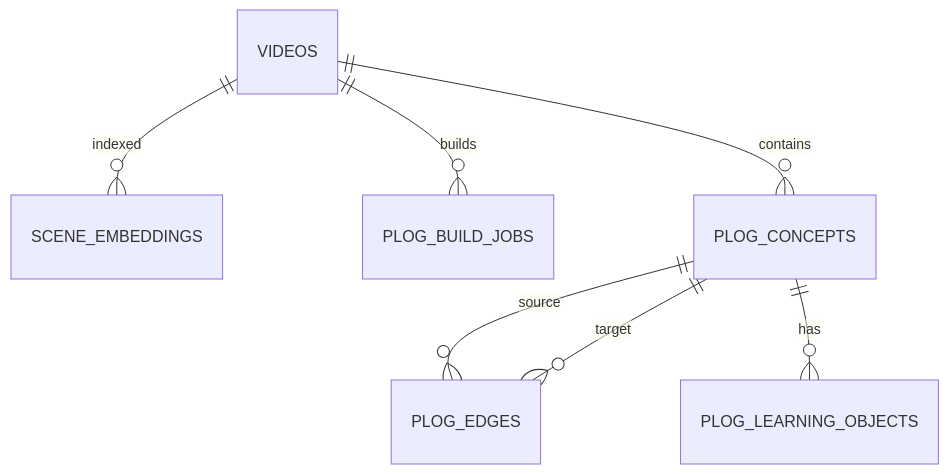
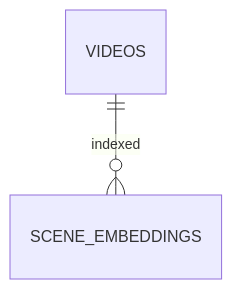
Before and after one commit to yukiharada1228/videoq: the fourth of 4 diagrams in apps/docs/i18n/ja/docusaurus-plugin-content-docs/current/database/er-diagram.md, drawn with Mermaid. The commit also changed other lines of this file and 173 other files, not shown here.

Commit message:
refactor: remove study mode and PLOG learning features

````diff
--- a/apps/docs/i18n/ja/docusaurus-plugin-content-docs/current/database/er-diagram.md
+++ b/apps/docs/i18n/ja/docusaurus-plugin-content-docs/current/database/er-diagram.md
@@ -53,9 +53,4 @@
 ```mermaid
 erDiagram
     VIDEOS ||--o{ SCENE_EMBEDDINGS : indexed
-    VIDEOS ||--o{ PLOG_BUILD_JOBS : builds
-    VIDEOS ||--o{ PLOG_CONCEPTS : contains
-    PLOG_CONCEPTS ||--o{ PLOG_EDGES : source
-    PLOG_CONCEPTS ||--o{ PLOG_EDGES : target
-    PLOG_CONCEPTS ||--o{ PLOG_LEARNING_OBJECTS : has
 ```
````
